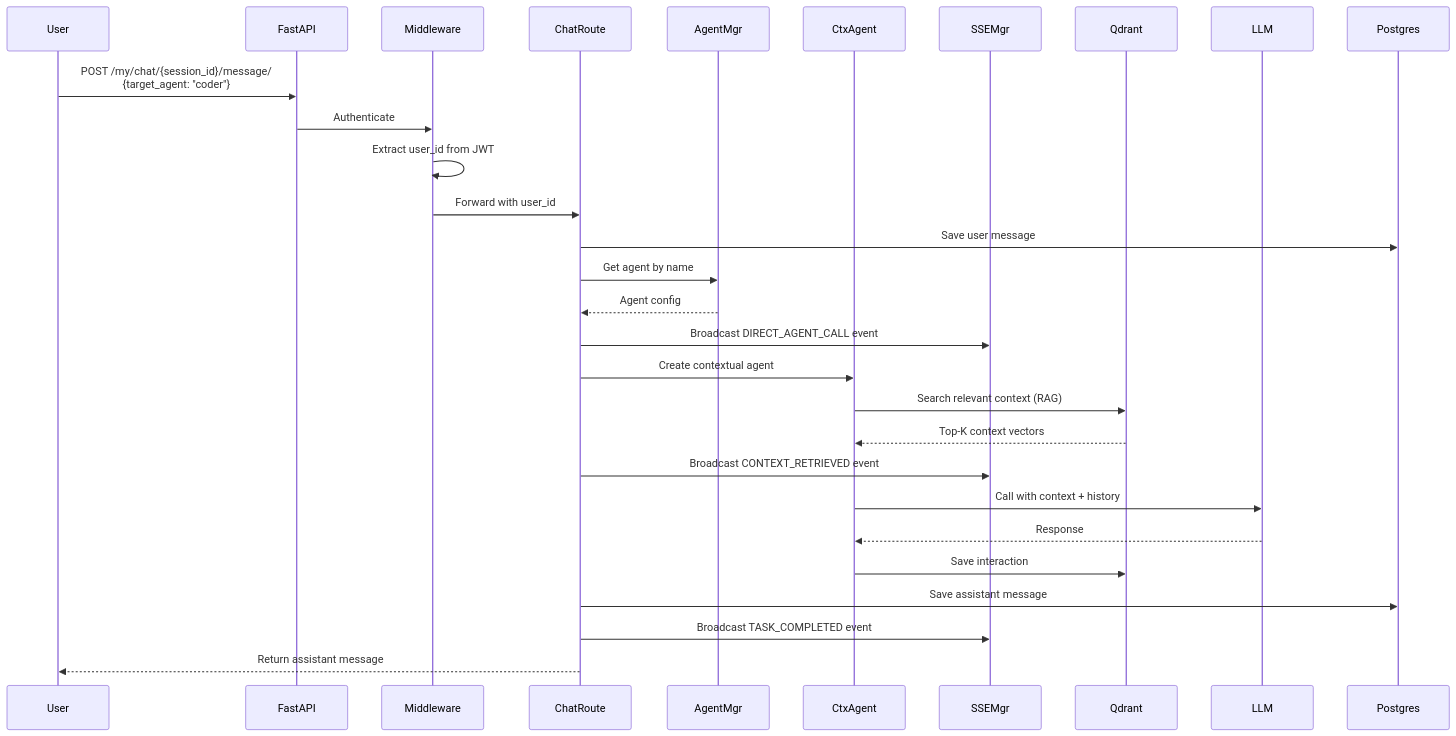
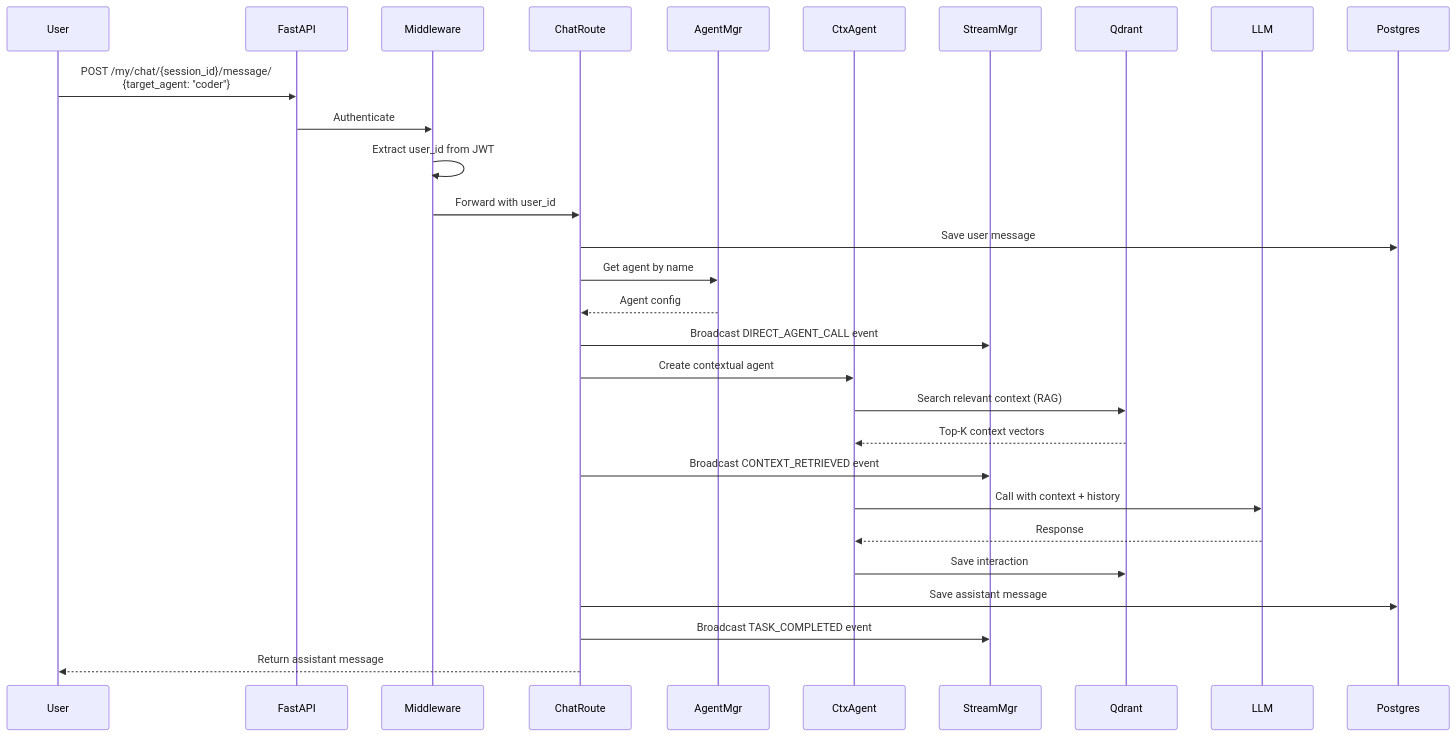
One commit to pese-git/codelab-core-service changed the second of 8 diagrams in doc/architecture/system-overview.md. Above: the diagram before and after it, drawn with Mermaid. The commit also changed other lines of this file and 6 other files, not shown here.

````diff
--- a/doc/architecture/system-overview.md
+++ b/doc/architecture/system-overview.md
@@ -227,39 +229,39 @@
 ```mermaid
 sequenceDiagram
     participant User
     participant FastAPI
     participant Middleware
     participant ChatRoute
     participant AgentMgr
     participant CtxAgent
-    participant SSEMgr
+    participant StreamMgr
     participant Qdrant
     participant LLM
     participant Postgres
     
     User->>FastAPI: POST /my/chat/{session_id}/message/<br/>{target_agent: "coder"}
     FastAPI->>Middleware: Authenticate
     Middleware->>Middleware: Extract user_id from JWT
     Middleware->>ChatRoute: Forward with user_id
     
     ChatRoute->>Postgres: Save user message
     ChatRoute->>AgentMgr: Get agent by name
     AgentMgr-->>ChatRoute: Agent config
     
-    ChatRoute->>SSEMgr: Broadcast DIRECT_AGENT_CALL event
+    ChatRoute->>StreamMgr: Broadcast DIRECT_AGENT_CALL event
     ChatRoute->>CtxAgent: Create contextual agent
     
     CtxAgent->>Qdrant: Search relevant context (RAG)
     Qdrant-->>CtxAgent: Top-K context vectors
     
-    ChatRoute->>SSEMgr: Broadcast CONTEXT_RETRIEVED event
+    ChatRoute->>StreamMgr: Broadcast CONTEXT_RETRIEVED event
     
     CtxAgent->>LLM: Call with context + history
     LLM-->>CtxAgent: Response
     
     CtxAgent->>Qdrant: Save interaction
     ChatRoute->>Postgres: Save assistant message
     
-    ChatRoute->>SSEMgr: Broadcast TASK_COMPLETED event
+    ChatRoute->>StreamMgr: Broadcast TASK_COMPLETED event
     ChatRoute-->>User: Return assistant message
 ```
````
